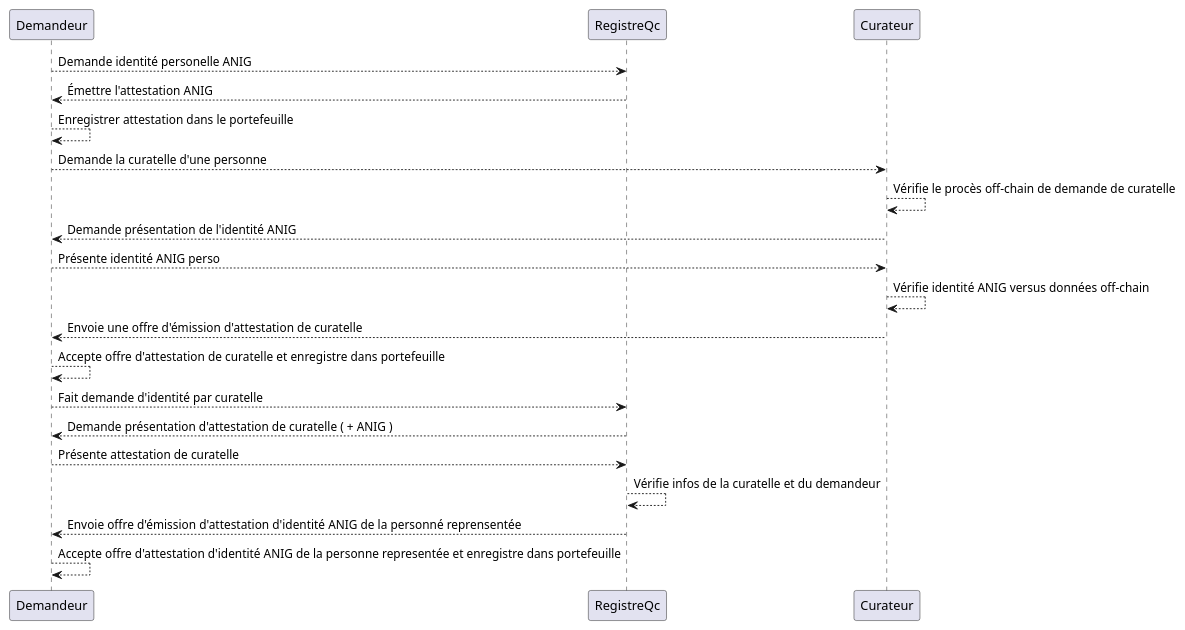
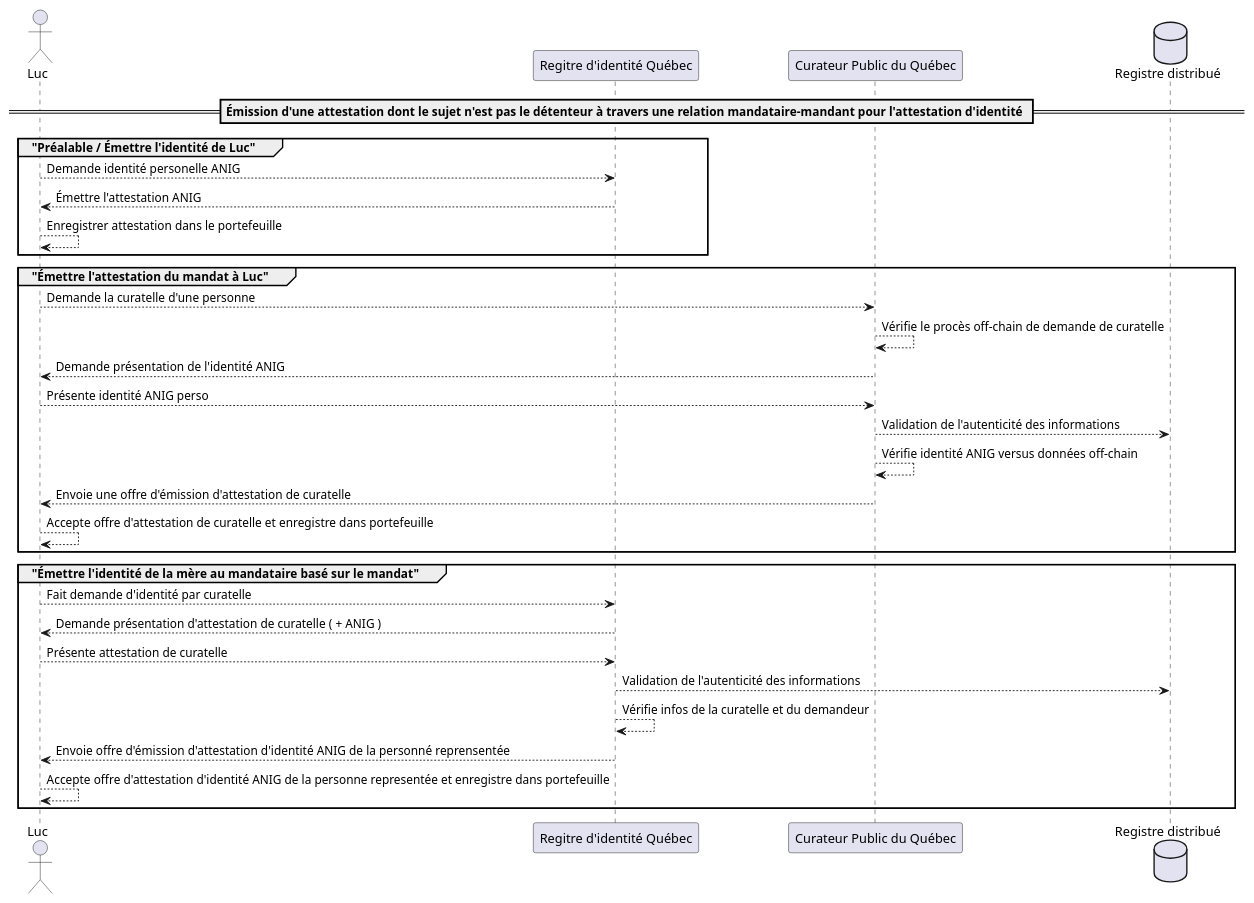
The first of 3 diagrams in doc/AttestationMandat.puml (CQEN-QDCE/exp-attestation-mandatee), drawn with PlantUML before and after one commit. The commit also changed 5 other files, not shown here.

Commit message:
Créer le diagrammes de séquence

```diff
--- a/doc/AttestationMandat.puml
+++ b/doc/AttestationMandat.puml
@@ -1,20 +1,40 @@
 @startuml Sequence
 
+actor "Luc" as Demandeur  order 100
+participant "Regitre d'identité Québec" as RegistreQc  order 110
+participant "Curateur Public du Québec" as Curateur  order 120
+database "Registre distribué" as RegistreD  order 130
+
+== Émission d'une attestation dont le sujet n'est pas le détenteur à travers une relation mandataire-mandant pour l'attestation d'identité ==
+
+' Préalable
+group "Préalable / Émettre l'identité de Luc"
     Demandeur   -->  RegistreQc  :  Demande identité personelle ANIG 
     Demandeur   <--  RegistreQc  :  Émettre l'attestation ANIG 
     Demandeur   -->  Demandeur   :  Enregistrer attestation dans le portefeuille 
+end
+
+' Demande d'un mandat de curatelle
+group "Émettre l'attestation du mandat à Luc"
     Demandeur   -->  Curateur    :  Demande la curatelle d'une personne 
     Curateur    -->  Curateur    :  Vérifie le procès off-chain de demande de curatelle 
     Demandeur   <--  Curateur    :  Demande présentation de l'identité ANIG 
     Demandeur   -->  Curateur    :  Présente identité ANIG perso 
+    Curateur    -->  RegistreD   :  Validation de l'autenticité des informations
     Curateur    -->  Curateur    :  Vérifie identité ANIG versus données off-chain 
     Demandeur   <--  Curateur    :  Envoie une offre d'émission d'attestation de curatelle
     Demandeur   -->  Demandeur   :  Accepte offre d'attestation de curatelle et enregistre dans portefeuille
+end
+
+' Réception de l'identité basé sur un mandat
+group "Émettre l'identité de la mère au mandataire basé sur le mandat"
     Demandeur   -->  RegistreQc  :  Fait demande d'identité par curatelle 
     Demandeur   <--  RegistreQc  :  Demande présentation d'attestation de curatelle ( + ANIG ) 
     Demandeur   -->  RegistreQc  :  Présente attestation de curatelle 
+    RegistreQc  -->  RegistreD   :  Validation de l'autenticité des informations
     RegistreQc  -->  RegistreQc  :  Vérifie infos de la curatelle et du demandeur 
     Demandeur   <--  RegistreQc  :  Envoie offre d'émission d'attestation d'identité ANIG de la personné reprensentée
     Demandeur   -->  Demandeur   :  Accepte offre d'attestation d'identité ANIG de la personne representée et enregistre dans portefeuille
+end
 
 @enduml
```
